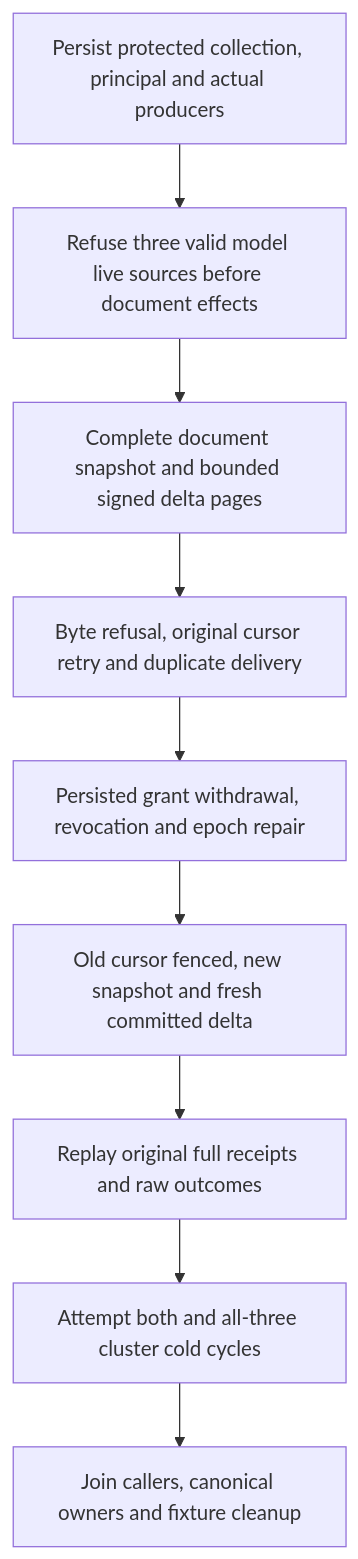
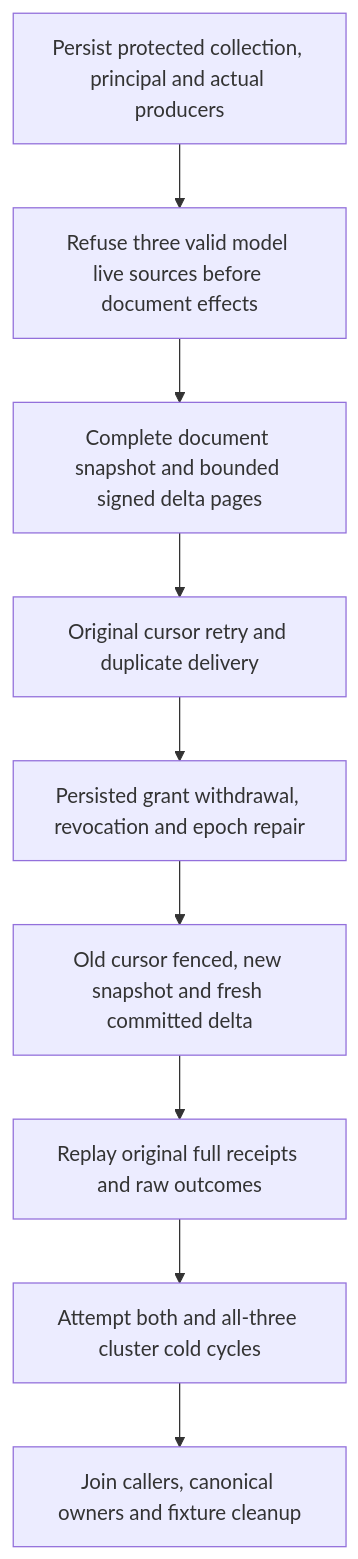
Before and after one commit to managedcode/KeyLoad: the diagram in docs/Features/ChangeFeeds/DocumentModelProfile.md, drawn with Mermaid. The commit also changed other lines of this file and 673 other files, not shown here.

````diff
--- a/docs/Features/ChangeFeeds/DocumentModelProfile.md
+++ b/docs/Features/ChangeFeeds/DocumentModelProfile.md
@@ -23,11 +23,11 @@
 ```mermaid
 flowchart TD
     Seed[Persist protected collection, principal and actual producers] --> Refuse[Refuse three valid model live sources before document effects]
     Refuse --> Ordinary[Complete document snapshot and bounded signed delta pages]
-    Ordinary --> Retry[Byte refusal, original cursor retry and duplicate delivery]
+    Ordinary --> Retry[Original cursor retry and duplicate delivery]
     Retry --> Policy[Persisted grant withdrawal, revocation and epoch repair]
     Policy --> Fresh[Old cursor fenced, new snapshot and fresh committed delta]
     Fresh --> Replay[Replay original full receipts and raw outcomes]
     Replay --> Cold[Attempt both and all-three cluster cold cycles]
     Cold --> Cleanup[Join callers, canonical owners and fixture cleanup]
 ```
````
